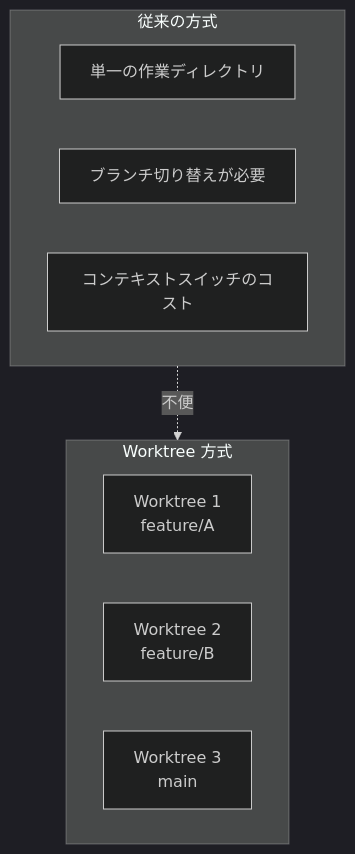
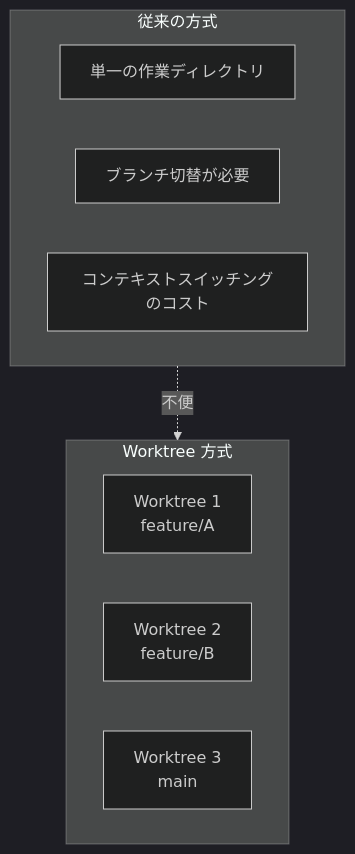
One commit to modu-ai/moai-adk changed the first of 10 diagrams in docs-site/content/ja/worktree/guide.md. Above: the diagram before and after it, drawn with Mermaid (dark theme). The commit also changed other lines of this file and 180 other files, not shown here.

````diff
--- a/docs-site/content/ja/worktree/guide.md
+++ b/docs-site/content/ja/worktree/guide.md
@@ -28,16 +28,16 @@
 ```mermaid
 graph TB
     subgraph Traditional["従来の方式"]
         T1[単一の作業ディレクトリ]
-        T2[ブランチ切り替えが必要]
-        T3[コンテキストスイッチのコスト]
+        T2[ブランチ切替が必要]
+        T3[コンテキストスイッチングのコスト]
     end
 
     subgraph Worktree["Worktree 方式"]
         W1[Worktree 1<br/>feature/A]
         W2[Worktree 2<br/>feature/B]
         W3[Worktree 3<br/>main]
     end
 
     Traditional -.->|不便| Worktree
 ```
````
